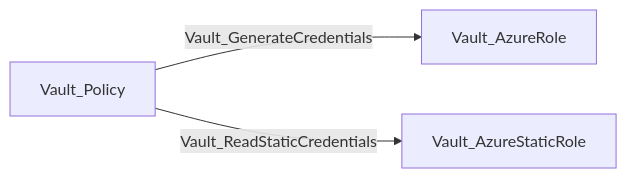
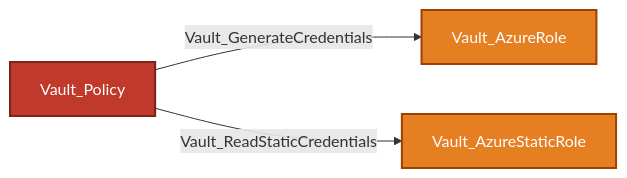
The sixth of 29 diagrams in Documentation/stores/MOUNTS.md (bytewreck/opengraph-vault), drawn with Mermaid before and after one commit. The commit also changed other lines of this file and 4 other files, not shown here.

````diff
--- a/Documentation/stores/MOUNTS.md
+++ b/Documentation/stores/MOUNTS.md
@@ -196,5 +216,8 @@
 ```mermaid
 flowchart LR
-    policy[Vault_Policy] -->|Vault_GenerateCredentials| dynamic[Vault_AzureRole]
-    policy -->|Vault_ReadStaticCredentials| static[Vault_AzureStaticRole]
+    policy[Vault_Policy]:::policyNode -->|Vault_GenerateCredentials| dynamic[Vault_AzureRole]:::secretObjectNode
+    policy -->|Vault_ReadStaticCredentials| static[Vault_AzureStaticRole]:::secretObjectNode
+
+    classDef policyNode fill:#C0392B,color:#fff,stroke:#7B241C,stroke-width:2px
+    classDef secretObjectNode fill:#E67E22,color:#fff,stroke:#A04000,stroke-width:2px
 ```
````
